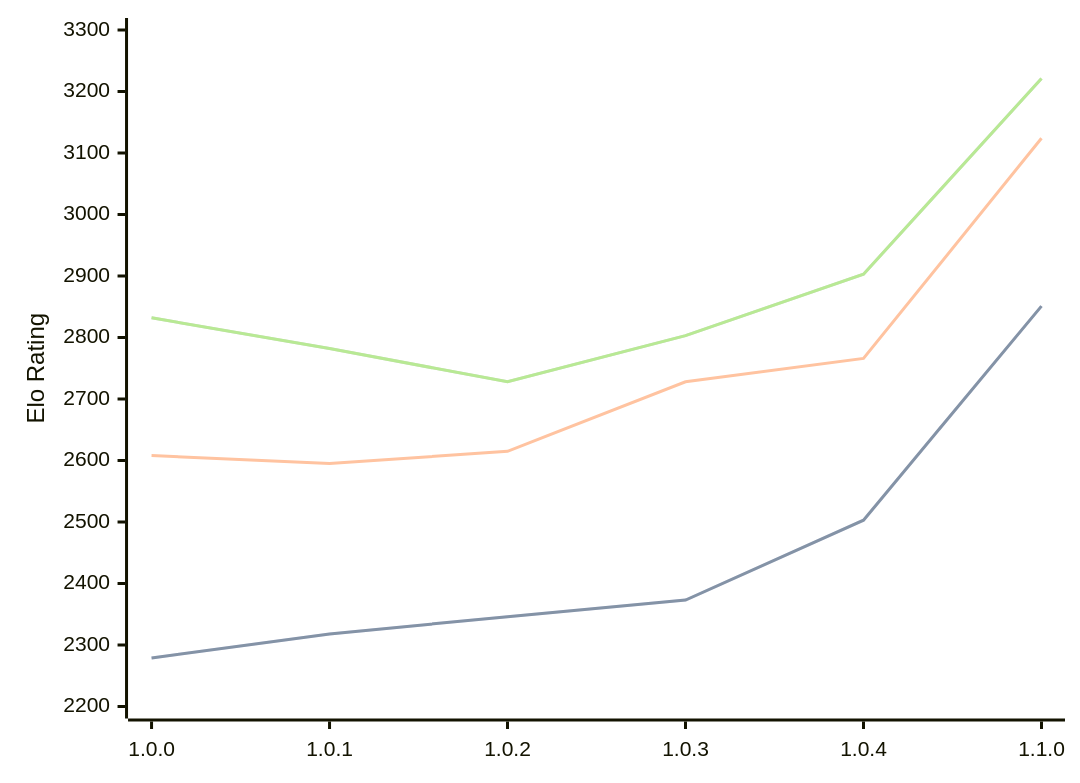
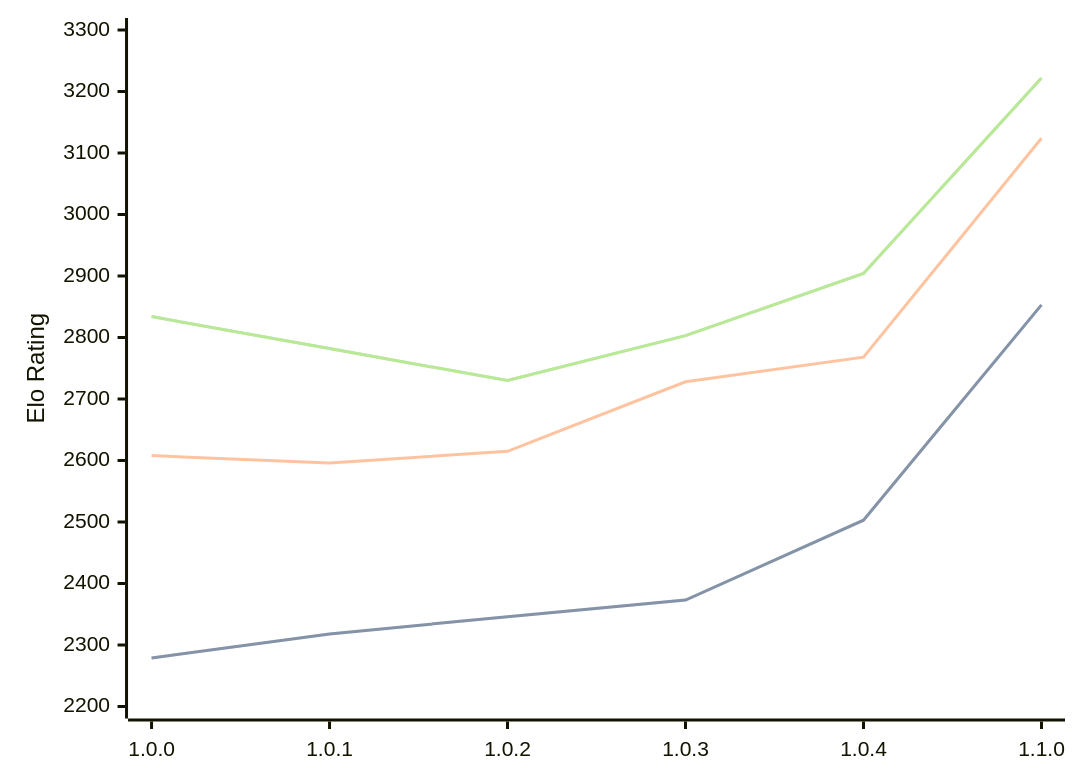
Before and after one commit to computer-chess-index/cci: the diagram in engines/Grail.md, drawn with Mermaid. The commit also changed other lines of this file, not shown here.

Commit message:
Update CCI Ratings (ELO VLTC) - 2026-05-04

````diff
--- a/engines/Grail.md
+++ b/engines/Grail.md
@@ -36,11 +36,11 @@
 ```mermaid
 %%{init: {"theme":"base","themeVariables":{"seriesColors:['#a3a3a3','#222221','#faa371']}}}%%
 xychart-beta
   x-axis ["1.0.0", "1.0.1", "1.0.2", "1.0.3", "1.0.4", "1.1.0"]
   y-axis "Elo Rating" 2200 --> 3300
-  line "STC (8.0+0.08s)" [2279, 2318, 2346, 2373, 2503, 2851]
-  line "STC (8.0+0.08s)" [2279, 2318, 2346, 2373, 2503, 2851]
-  line "LTC (60.0+0.60s)" [2608, 2595, 2615, 2728, 2766, 3124]
-  line "VLTC (2m24s+1.12s)" [2832, 2782, 2728, 2803, 2903, 3221]
-  line "VLTC (2m24s+1.12s)" [2832, 2782, 2728, 2803, 2903, 3221]
+  line "STC (8.0+0.08s)" [2279, 2318, 2346, 2373, 2503, 2853]
+  line "STC (8.0+0.08s)" [2279, 2318, 2346, 2373, 2503, 2853]
+  line "LTC (60.0+0.60s)" [2608, 2596, 2615, 2728, 2768, 3124]
+  line "VLTC (2m24s+1.12s)" [2834, 2782, 2730, 2803, 2904, 3222]
+  line "VLTC (2m24s+1.12s)" [2834, 2782, 2730, 2803, 2904, 3222]
 ```
````
